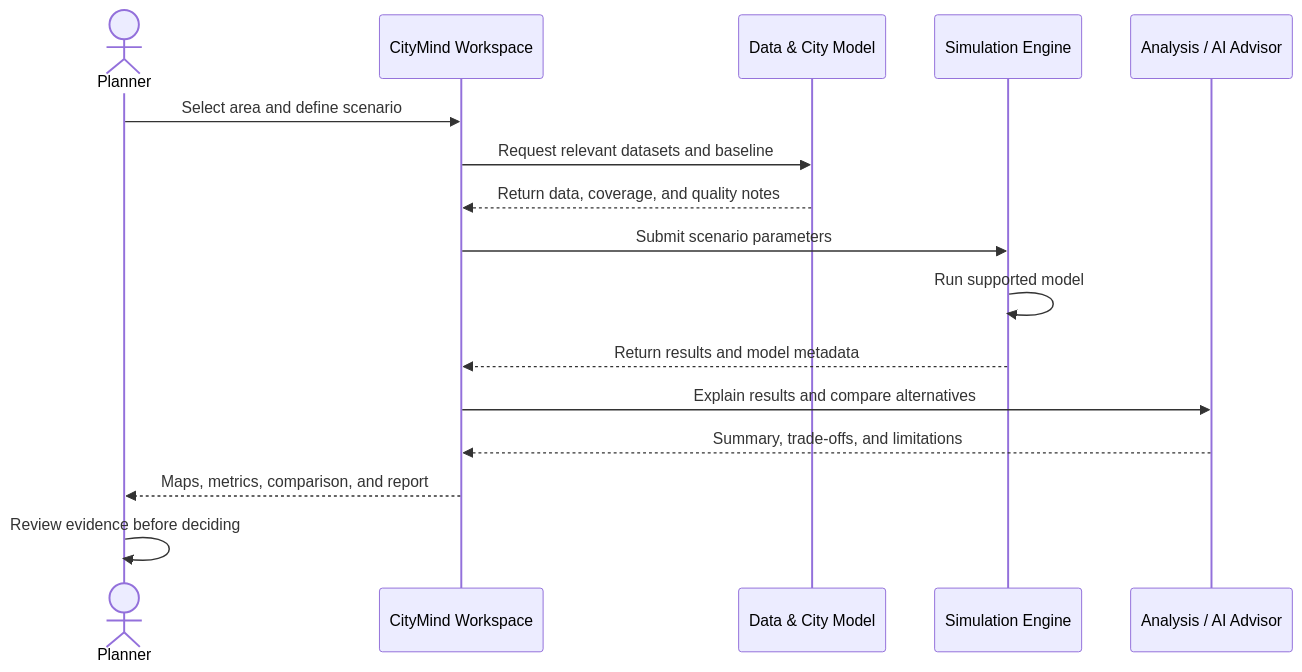
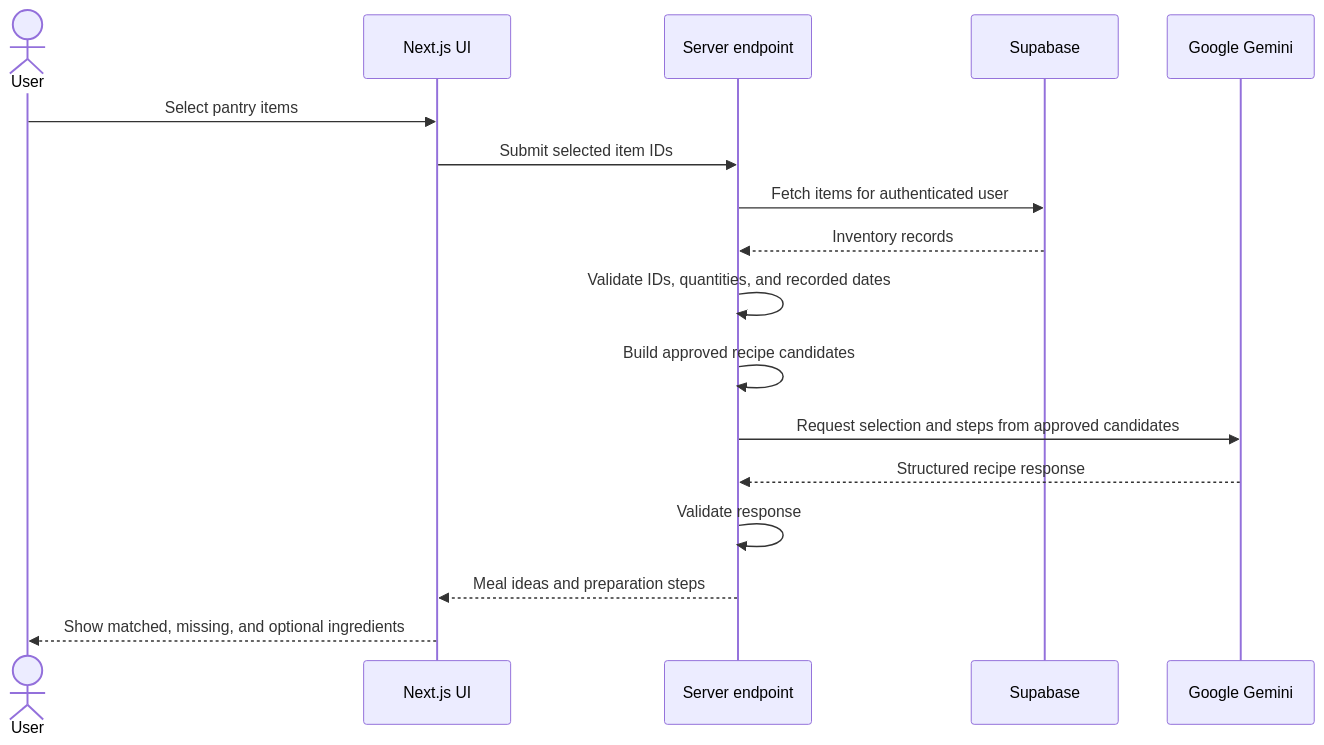
Before and after one commit to 1900690105/smartpantryai: the fourth of 6 diagrams in README.md, drawn with Mermaid. The commit also changed other lines of this file, not shown here.

````diff
--- a/README.md
+++ b/README.md
@@ -338,19 +202,20 @@
 ```mermaid
 sequenceDiagram
-    actor Planner
-    participant UI as CityMind Workspace
-    participant Data as Data & City Model
-    participant Engine as Simulation Engine
-    participant AI as Analysis / AI Advisor
+    actor User
+    participant UI as Next.js UI
+    participant API as Server endpoint
+    participant DB as Supabase
+    participant AI as Google Gemini
 
-    Planner->>UI: Select area and define scenario
-    UI->>Data: Request relevant datasets and baseline
-    Data-->>UI: Return data, coverage, and quality notes
-    UI->>Engine: Submit scenario parameters
-    Engine->>Engine: Run supported model
-    Engine-->>UI: Return results and model metadata
-    UI->>AI: Explain results and compare alternatives
-    AI-->>UI: Summary, trade-offs, and limitations
-    UI-->>Planner: Maps, metrics, comparison, and report
-    Planner->>Planner: Review evidence before deciding
+    User->>UI: Select pantry items
+    UI->>API: Submit selected item IDs
+    API->>DB: Fetch items for authenticated user
+    DB-->>API: Inventory records
+    API->>API: Validate IDs, quantities, and recorded dates
+    API->>API: Build approved recipe candidates
+    API->>AI: Request selection and steps from approved candidates
+    AI-->>API: Structured recipe response
+    API->>API: Validate response
+    API-->>UI: Meal ideas and preparation steps
+    UI-->>User: Show matched, missing, and optional ingredients
 ```
````
